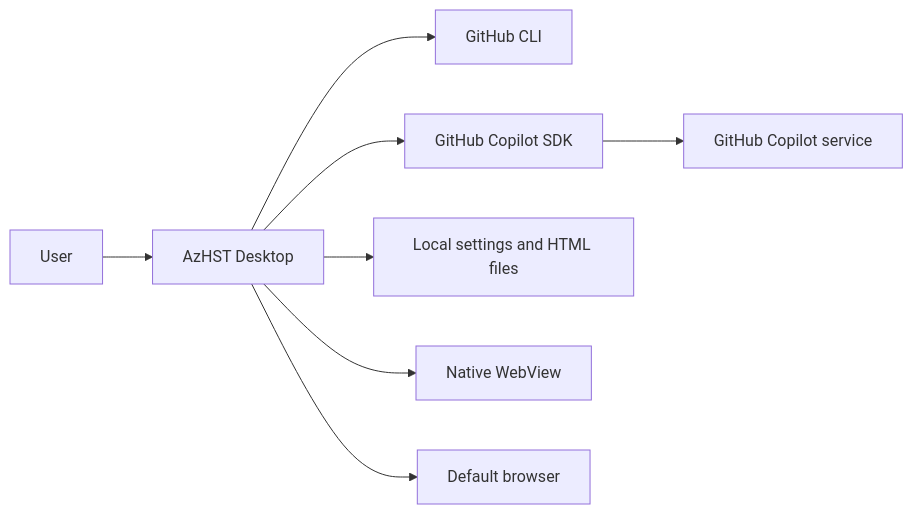
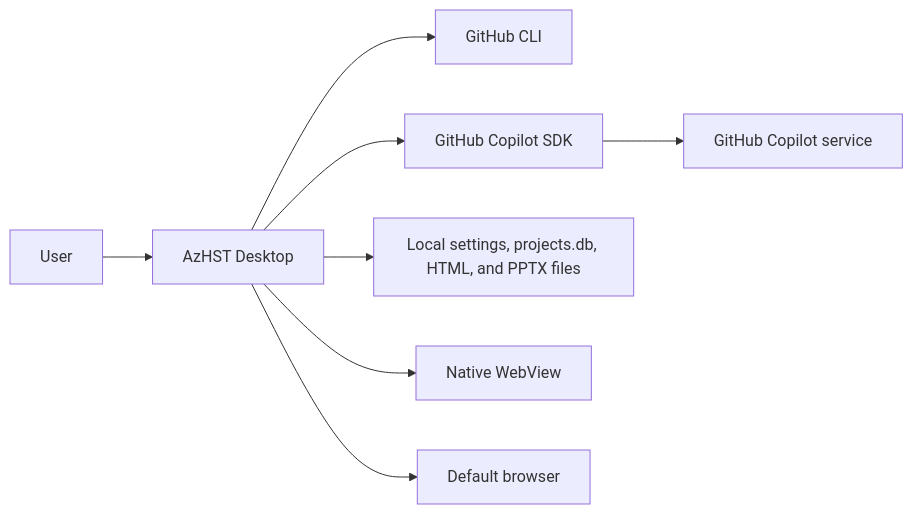
The first of 2 diagrams in docs/architecture.md (btnguyen2k/AzHST), drawn with Mermaid before and after one commit. The commit also changed other lines of this file and 40 other files, not shown here.

````diff
--- a/docs/architecture.md
+++ b/docs/architecture.md
@@ -29,10 +38,10 @@
 ```mermaid
 flowchart LR
     User[User] --> Desktop[AzHST Desktop]
     Desktop --> GH[GitHub CLI]
     Desktop --> SDK[GitHub Copilot SDK]
     SDK --> Service[GitHub Copilot service]
-    Desktop --> Files[Local settings and HTML files]
+    Desktop --> Files[Local settings, projects.db, HTML, and PPTX files]
     Desktop --> WebView[Native WebView]
     Desktop --> Browser[Default browser]
 ```
````
